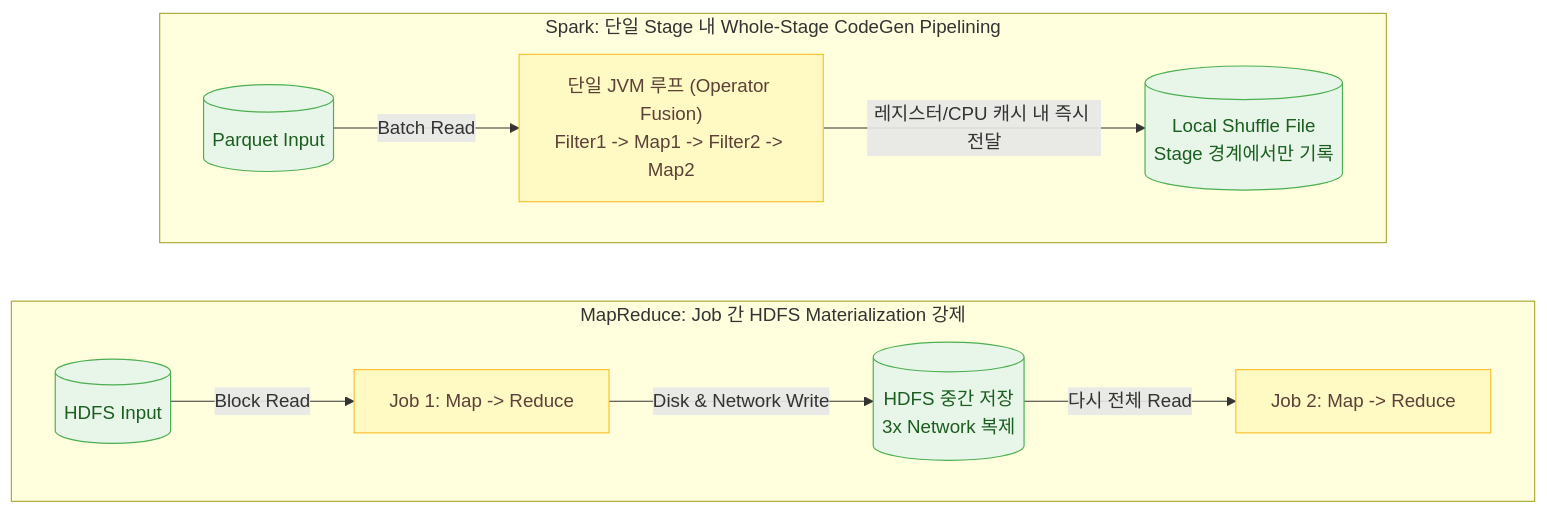
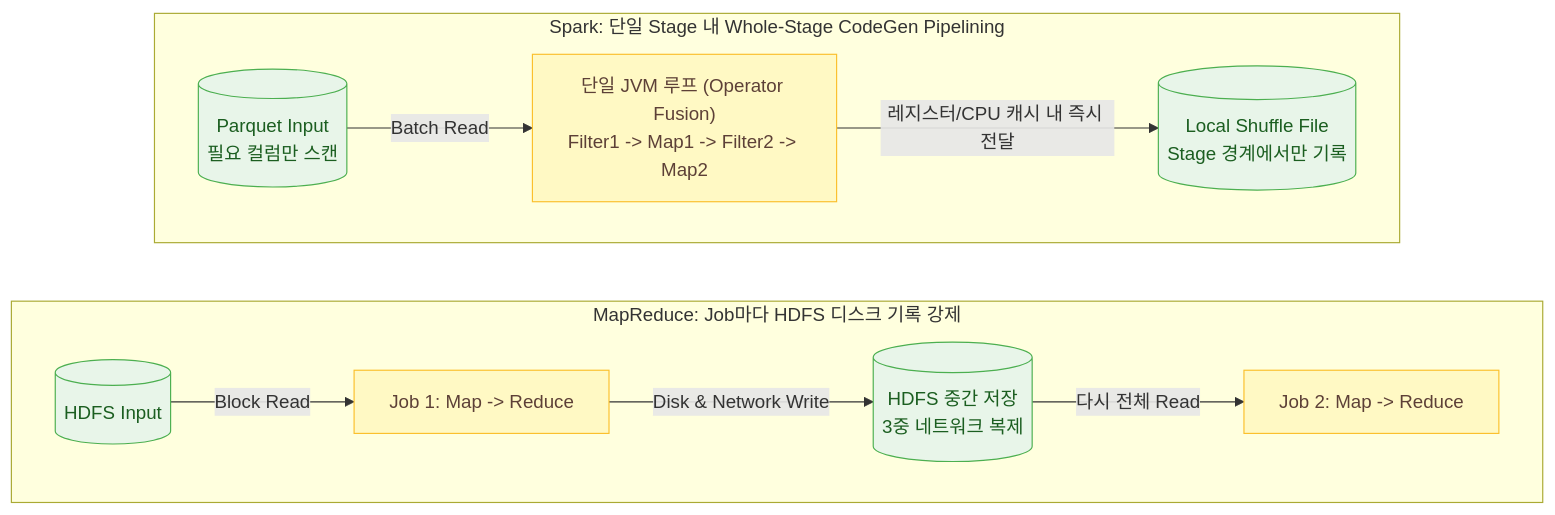
Before and after one commit to djpibo/djpibo.github.io: the fourth of 7 diagrams in blog/weekly/mapreduce-spark-and-distributed-db-internals.md, drawn with Mermaid. The commit also changed other lines of this file, not shown here.

````diff
--- a/blog/weekly/mapreduce-spark-and-distributed-db-internals.md
+++ b/blog/weekly/mapreduce-spark-and-distributed-db-internals.md
@@ -134,26 +160,26 @@
 ```mermaid
 flowchart LR
     classDef storage fill:#E8F5E9,stroke:#4CAF50,color:#1B5E20;
     classDef process fill:#FFF9C4,stroke:#FBC02D,color:#5D4037;
     classDef cloud fill:#E1F5FE,stroke:#0288D1,color:#01579B;
 
-    subgraph MR_PIPE ["MapReduce: Job 간 HDFS Materialization 강제"]
+    subgraph MR_PIPE ["MapReduce: Job마다 HDFS 디스크 기록 강제"]
         direction LR
         HDFS_IN[("HDFS Input")]:::storage
         MR_J1["Job 1: Map -> Reduce"]:::process
-        HDFS_MID[("HDFS 중간 저장<br/>3x Network 복제")]:::storage
+        HDFS_MID[("HDFS 중간 저장<br/>3중 네트워크 복제")]:::storage
         MR_J2["Job 2: Map -> Reduce"]:::process
         HDFS_IN -->|"Block Read"| MR_J1
         MR_J1 -->|"Disk & Network Write"| HDFS_MID
         HDFS_MID -->|"다시 전체 Read"| MR_J2
     end
 
     subgraph SP_PIPE ["Spark: 단일 Stage 내 Whole-Stage CodeGen Pipelining"]
         direction LR
-        SP_IN[("Parquet Input")]:::storage
+        SP_IN[("Parquet Input<br/>필요 컬럼만 스캔")]:::storage
         FUSED["단일 JVM 루프 (Operator Fusion)<br/>Filter1 -> Map1 -> Filter2 -> Map2"]:::process
         SHUF[("Local Shuffle File<br/>Stage 경계에서만 기록")]:::storage
         SP_IN -->|"Batch Read"| FUSED
         FUSED -->|"레지스터/CPU 캐시 내 즉시 전달"| SHUF
     end
 ```
````
